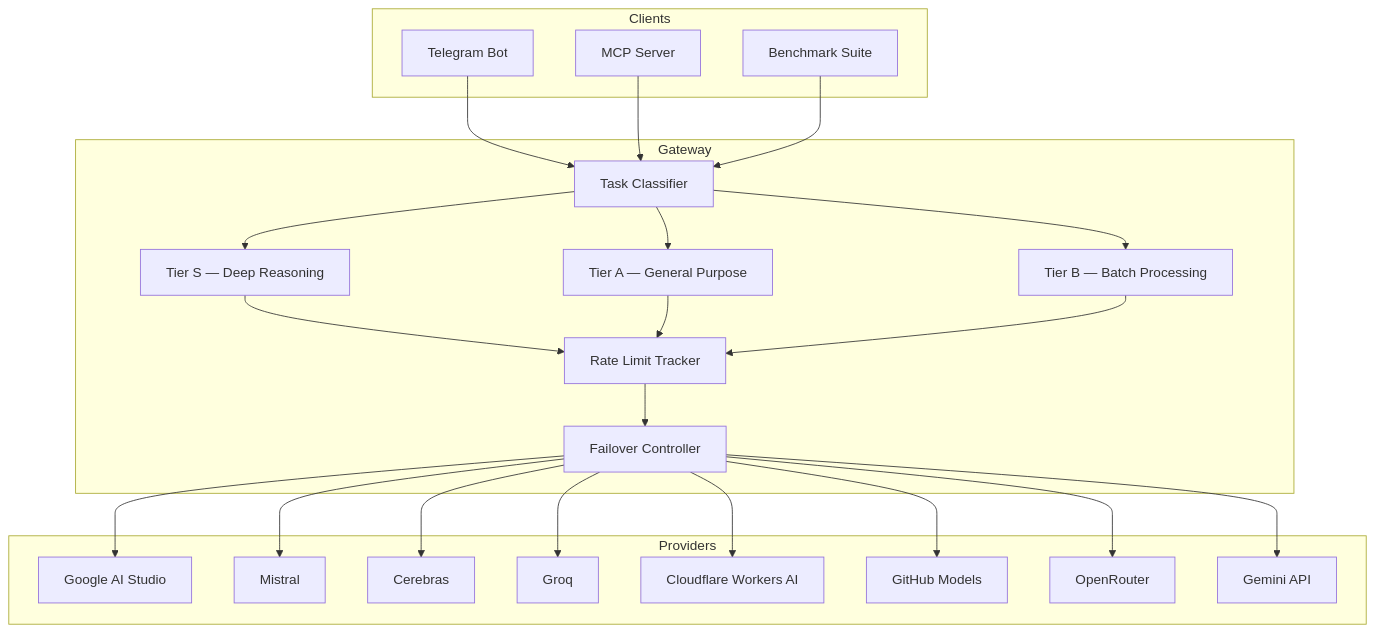
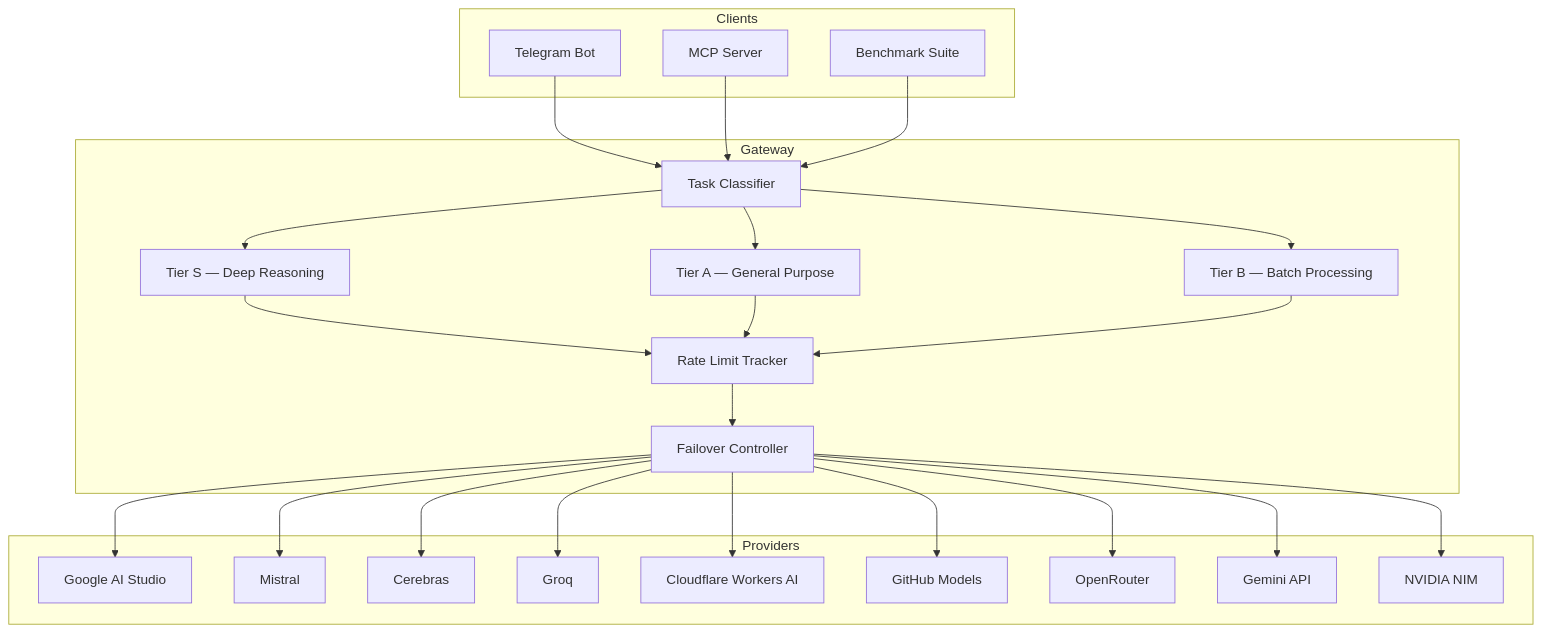
The diagram in README.md (tengigabytes/Echeneis), drawn with Mermaid before and after one commit. The commit also changed other lines of this file and 1 other file, not shown here.

````diff
--- a/README.md
+++ b/README.md
@@ -23,51 +26,53 @@
 ```mermaid
 graph TD
     subgraph Clients
         TB[Telegram Bot]
         MCP[MCP Server]
         BM[Benchmark Suite]
     end
 
     subgraph Gateway
         TC[Task Classifier]
         TS[Tier S — Deep Reasoning]
         TA[Tier A — General Purpose]
         TBT[Tier B — Batch Processing]
         RL[Rate Limit Tracker]
         FO[Failover Controller]
     end
 
     subgraph Providers
         GAS[Google AI Studio]
         MIS[Mistral]
         CER[Cerebras]
         GRQ[Groq]
         CF[Cloudflare Workers AI]
         GH[GitHub Models]
         OR[OpenRouter]
         GEM[Gemini API]
+        NIM[NVIDIA NIM]
     end
 
     TB --> TC
     MCP --> TC
     BM --> TC
 
     TC --> TS
     TC --> TA
     TC --> TBT
 
     TS --> RL
     TA --> RL
     TBT --> RL
 
     RL --> FO
 
     FO --> GAS
     FO --> MIS
     FO --> CER
     FO --> GRQ
     FO --> CF
     FO --> GH
     FO --> OR
     FO --> GEM
+    FO --> NIM
 ```
````
